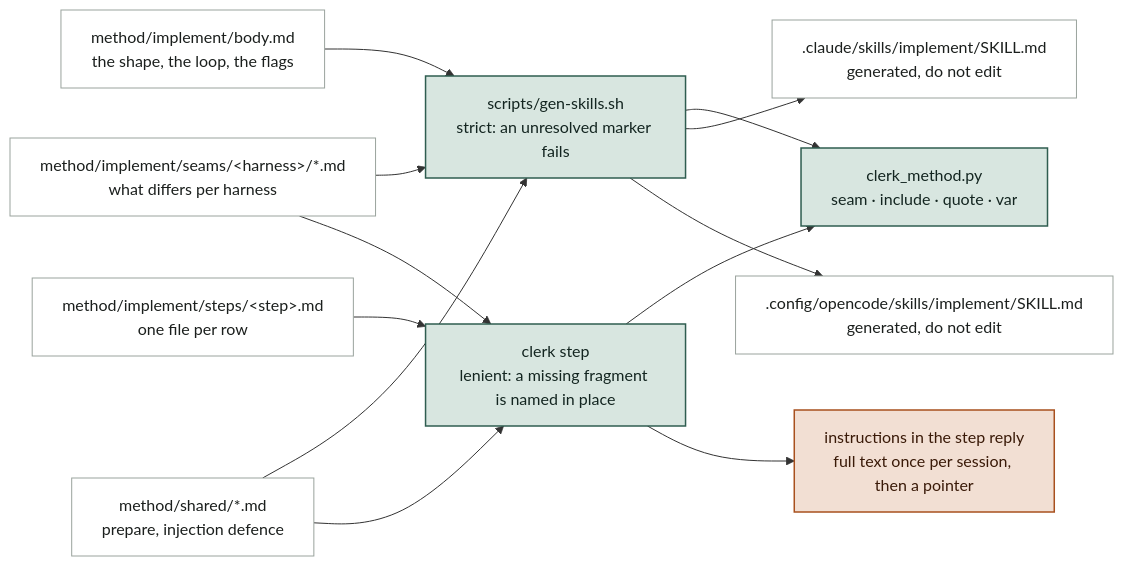
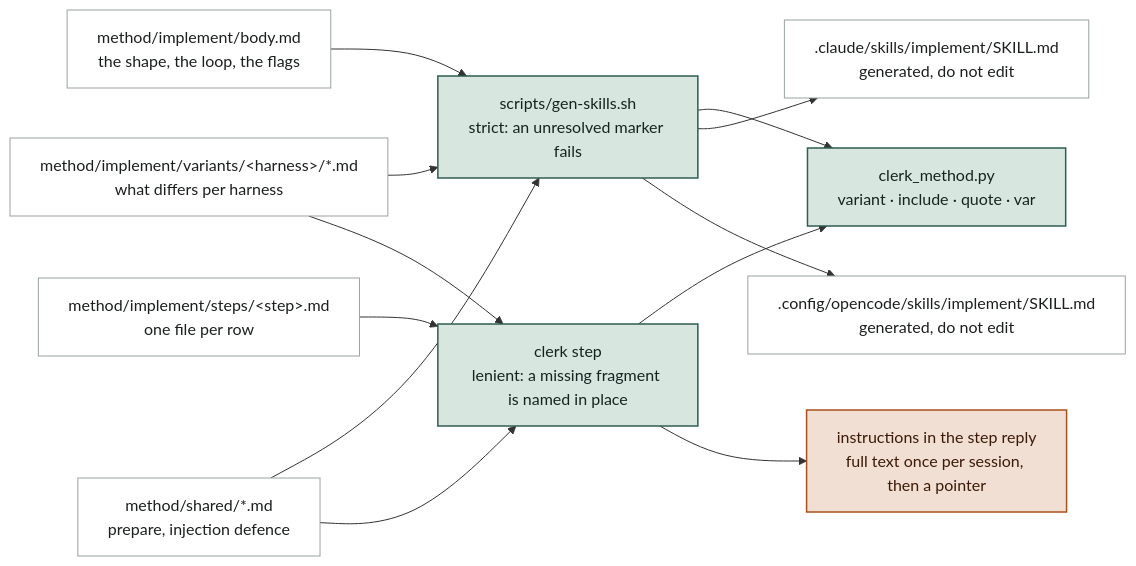
The tenth of 10 diagrams in docs/clerk-structure.md (hpcsc/dotfiles), drawn with Mermaid before and after one commit. The commit also changed other lines of this file and 100 other files, not shown here.

````diff
--- a/docs/clerk-structure.md
+++ b/docs/clerk-structure.md
@@ -343,28 +343,28 @@
 ```mermaid
 flowchart LR
   body["method/implement/body.md<br/>the shape, the loop, the flags"]:::file
-  seams["method/implement/seams/&lt;harness&gt;/*.md<br/>what differs per harness"]:::file
+  variants["method/implement/variants/&lt;harness&gt;/*.md<br/>what differs per harness"]:::file
   shared["method/shared/*.md<br/>prepare, injection defence"]:::file
   stepsf["method/implement/steps/&lt;step&gt;.md<br/>one file per row"]:::file
   gen["scripts/gen-skills.sh<br/>strict: an unresolved marker fails"]:::clerk
   cs["clerk step<br/>lenient: a missing fragment is named in place"]:::clerk
-  method["clerk_method.py<br/>seam · include · quote · var"]:::clerk
+  method["clerk_method.py<br/>variant · include · quote · var"]:::clerk
   skillc[".claude/skills/implement/SKILL.md<br/>generated, do not edit"]:::file
   skillo[".config/opencode/skills/implement/SKILL.md<br/>generated, do not edit"]:::file
   reply["instructions in the step reply<br/>full text once per session, then a pointer"]:::you
   body --> gen
-  seams --> gen
+  variants --> gen
   shared --> gen
   gen --> method
   gen --> skillc
   gen --> skillo
   stepsf --> cs
-  seams --> cs
+  variants --> cs
   shared --> cs
   cs --> method
   cs --> reply
   classDef clerk fill:#D8E6E0,stroke:#2F5D50,stroke-width:1.5px,color:#132520
   classDef you fill:#F2DFD3,stroke:#A8501E,stroke-width:1.5px,color:#3A1A08
   classDef plain fill:#EEF0EC,stroke:#5C645F,stroke-width:1px,color:#1B1F1D
   classDef file fill:#FFFFFF,stroke:#9AA39D,stroke-width:1px,color:#1B1F1D
 ```
````
